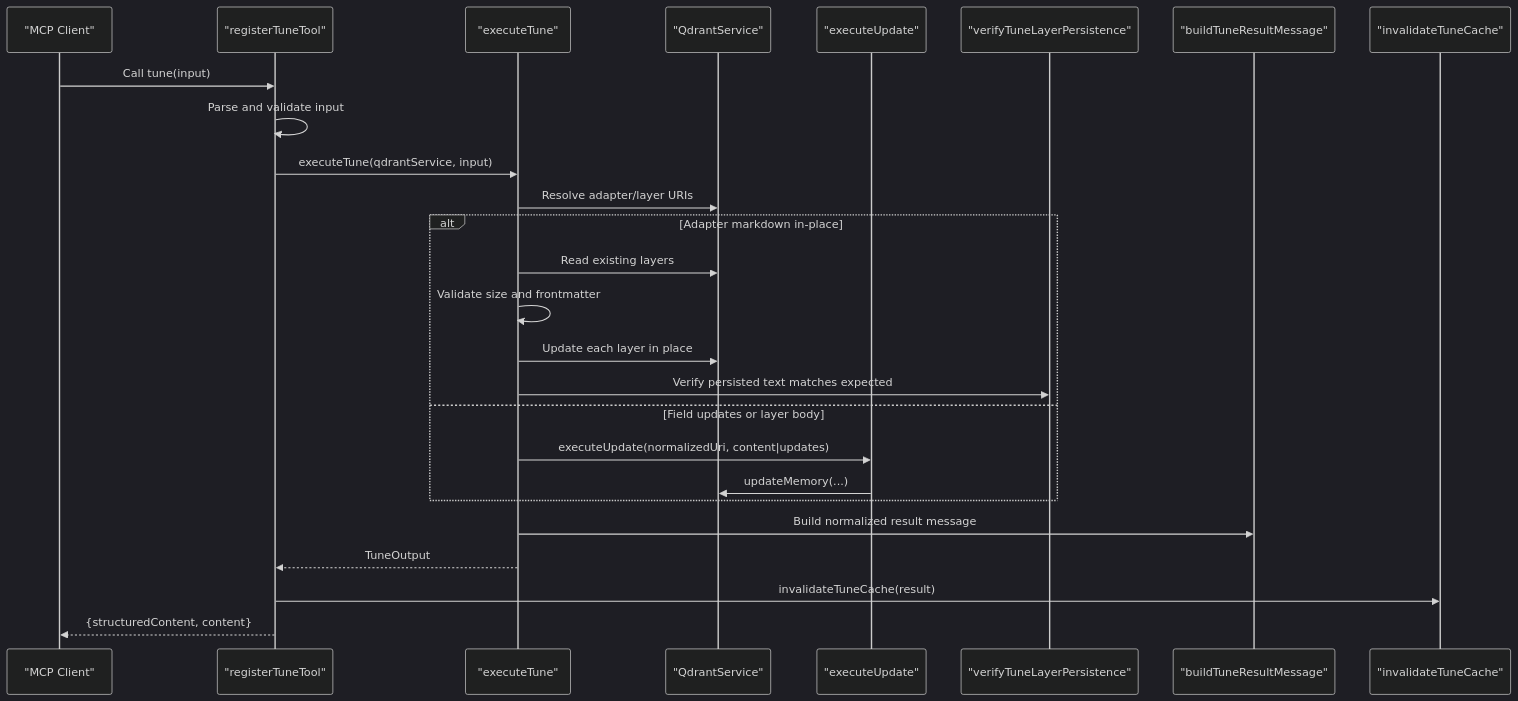
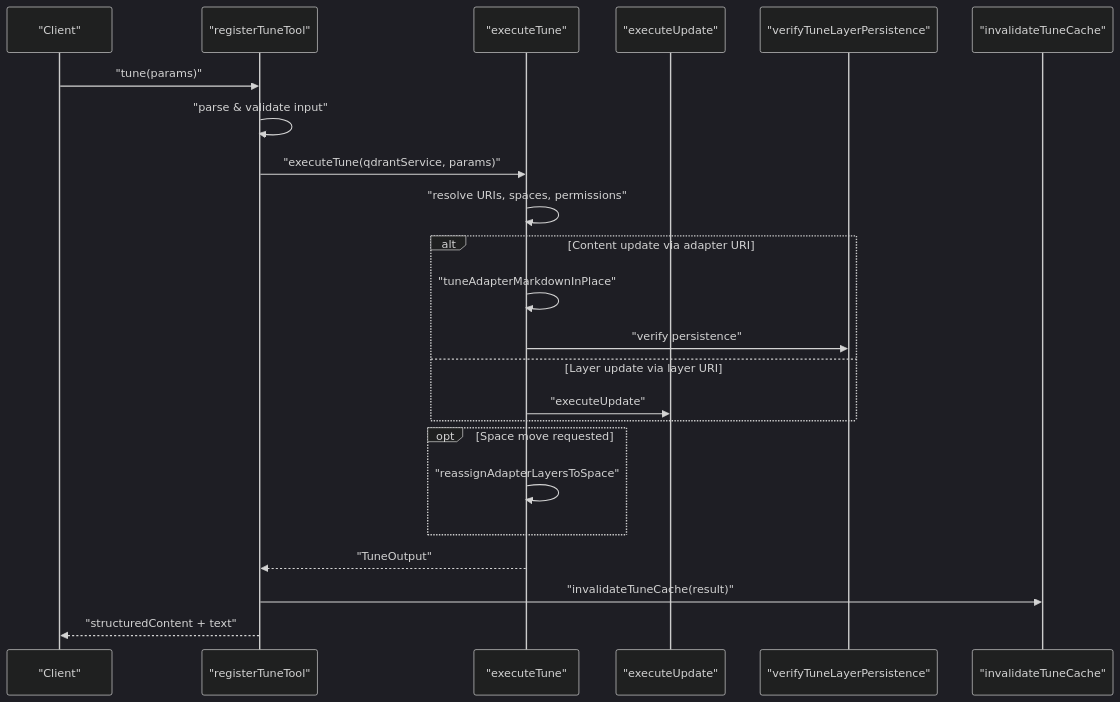
One commit to SquadRules/mcp changed the second of 6 diagrams in .qoder/repowiki/en/content/MCP Tools Reference/Tune Tool.md. Above: the diagram before and after it, drawn with Mermaid (dark theme). The commit also changed other lines of this file and 553 other files, not shown here.

````diff
--- a/.qoder/repowiki/en/content/MCP Tools Reference/Tune Tool.md
+++ b/.qoder/repowiki/en/content/MCP Tools Reference/Tune Tool.md
@@ -93,28 +102,25 @@
 ```mermaid
 sequenceDiagram
-participant Client as "MCP Client"
+participant Client as "Client"
 participant Tool as "registerTuneTool"
-participant Exec as "executeTune"
-participant Store as "QdrantService"
-participant Upd as "executeUpdate"
-participant Ver as "verifyTuneLayerPersistence"
-participant Msg as "buildTuneResultMessage"
+participant Executor as "executeTune"
+participant Updater as "executeUpdate"
+participant Verifier as "verifyTuneLayerPersistence"
 participant Cache as "invalidateTuneCache"
-Client->>Tool : Call tune(input)
-Tool->>Tool : Parse and validate input
-Tool->>Exec : executeTune(qdrantService, input)
-Exec->>Store : Resolve adapter/layer URIs
-alt Adapter markdown in-place
-Exec->>Store : Read existing layers
-Exec->>Exec : Validate size and frontmatter
-Exec->>Store : Update each layer in place
-Exec->>Ver : Verify persisted text matches expected
-else Field updates or layer body
-Exec->>Upd : executeUpdate(normalizedUri, content|updates)
-Upd->>Store : updateMemory(...)
+Client->>Tool : "tune(params)"
+Tool->>Tool : "parse & validate input"
+Tool->>Executor : "executeTune(qdrantService, params)"
+Executor->>Executor : "resolve URIs, spaces, permissions"
+alt Content update via adapter URI
+Executor->>Executor : "tuneAdapterMarkdownInPlace"
+Executor->>Verifier : "verify persistence"
+else Layer update via layer URI
+Executor->>Updater : "executeUpdate"
 end
-Exec->>Msg : Build normalized result message
-Exec-->>Tool : TuneOutput
-Tool->>Cache : invalidateTuneCache(result)
-Tool-->>Client : {structuredContent, content}
+opt Space move requested
+Executor->>Executor : "reassignAdapterLayersToSpace"
+end
+Executor-->>Tool : "TuneOutput"
+Tool->>Cache : "invalidateTuneCache(result)"
+Tool-->>Client : "structuredContent + text"
 ```
````
